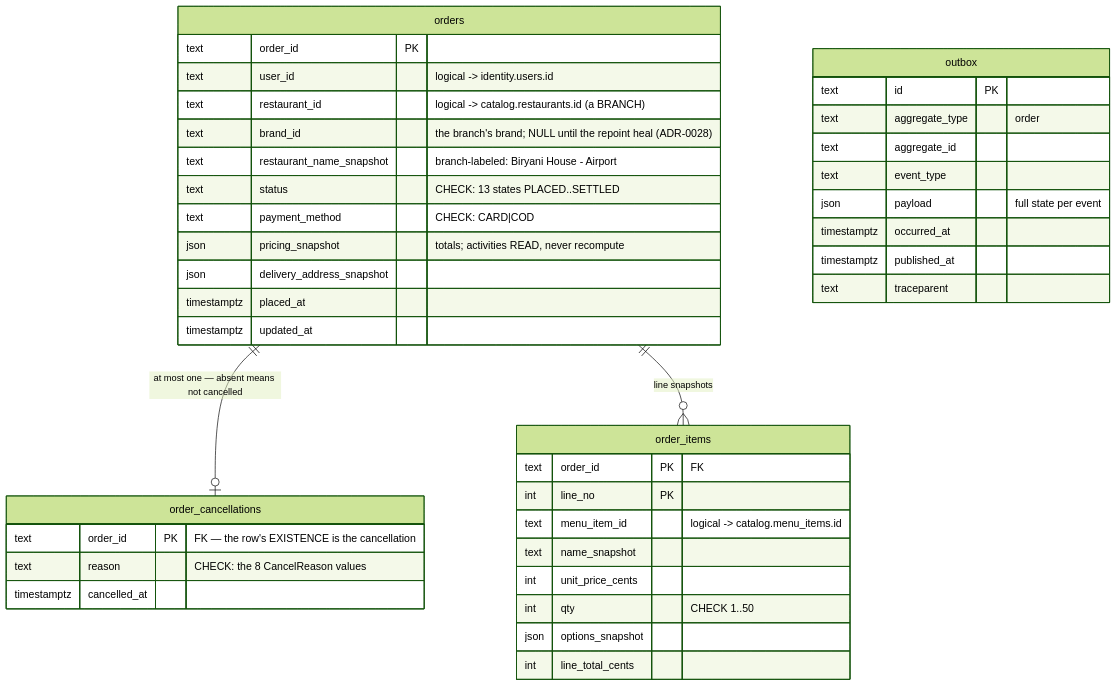
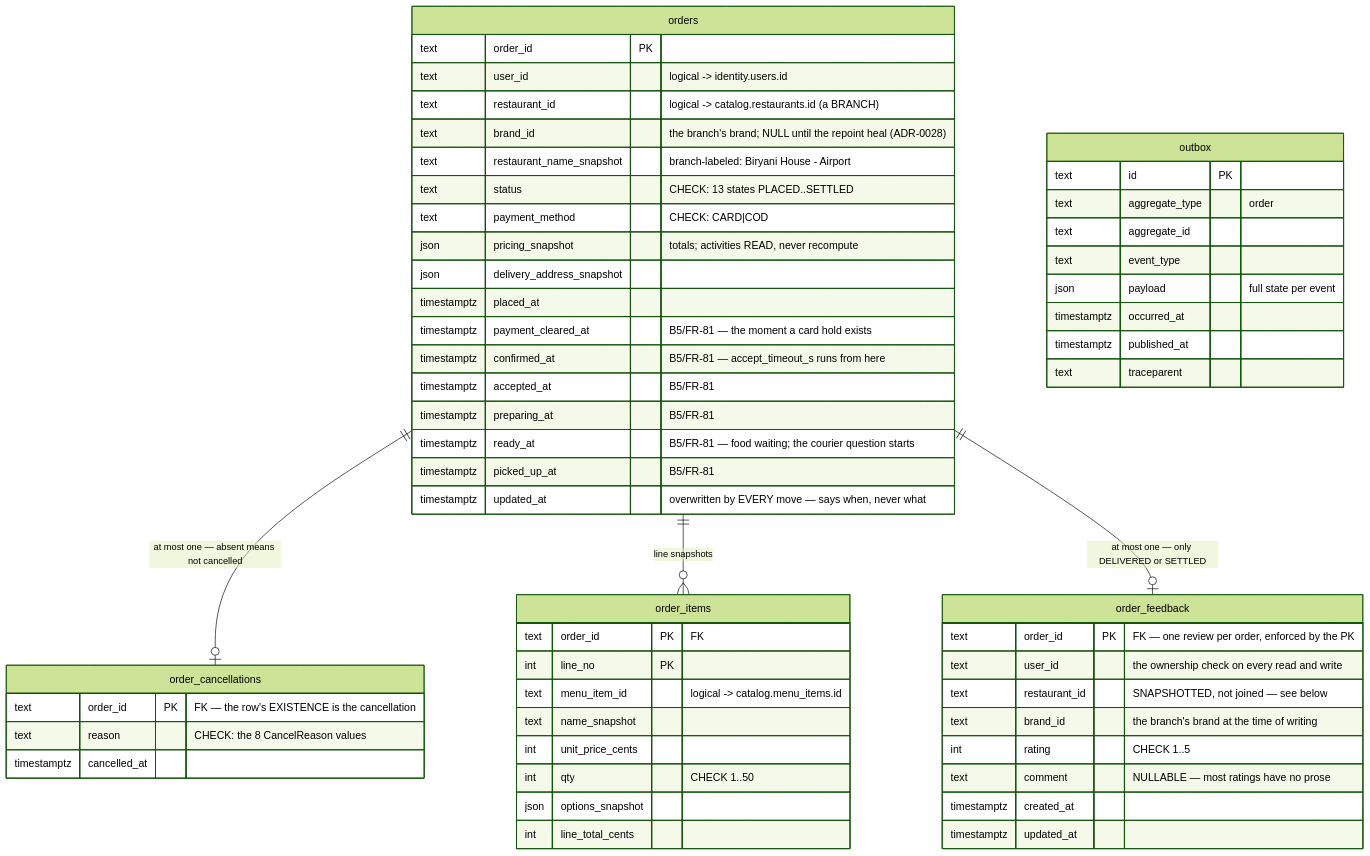
Before and after one commit to Aizazahmed-7/SmartFoodOps: the fourth of 7 diagrams in docs/erd.md, drawn with Mermaid (forest theme). The commit also changed other lines of this file and 1 other file, not shown here.

First line of the commit message:
docs: ERD and flows for the Part A amendments (FR-81, FR-91)

````diff
--- a/docs/erd.md
+++ b/docs/erd.md
@@ -276,43 +276,60 @@
 ```mermaid
 erDiagram
     orders {
         text order_id PK
         text user_id "logical -> identity.users.id"
         text restaurant_id "logical -> catalog.restaurants.id (a BRANCH)"
         text brand_id "the branch's brand; NULL until the repoint heal (ADR-0028)"
         text restaurant_name_snapshot "branch-labeled: Biryani House - Airport"
         text status "CHECK: 13 states PLACED..SETTLED"
         text payment_method "CHECK: CARD|COD"
         json pricing_snapshot "totals; activities READ, never recompute"
         json delivery_address_snapshot
         timestamptz placed_at
-        timestamptz updated_at
+        timestamptz payment_cleared_at "B5/FR-81 — the moment a card hold exists"
+        timestamptz confirmed_at "B5/FR-81 — accept_timeout_s runs from here"
+        timestamptz accepted_at "B5/FR-81"
+        timestamptz preparing_at "B5/FR-81"
+        timestamptz ready_at "B5/FR-81 — food waiting; the courier question starts"
+        timestamptz picked_up_at "B5/FR-81"
+        timestamptz updated_at "overwritten by EVERY move — says when, never what"
     }
     order_cancellations {
         text order_id PK "FK — the row's EXISTENCE is the cancellation"
         text reason "CHECK: the 8 CancelReason values"
         timestamptz cancelled_at
     }
     order_items {
         text order_id PK "FK"
         int line_no PK
         text menu_item_id "logical -> catalog.menu_items.id"
         text name_snapshot
         int unit_price_cents
         int qty "CHECK 1..50"
         json options_snapshot
         int line_total_cents
     }
     outbox {
         text id PK
         text aggregate_type "order"
         text aggregate_id
         text event_type
         json payload "full state per event"
         timestamptz occurred_at
         timestamptz published_at
         text traceparent
     }
+    order_feedback {
+        text order_id PK "FK — one review per order, enforced by the PK"
+        text user_id "the ownership check on every read and write"
+        text restaurant_id "SNAPSHOTTED, not joined — see below"
+        text brand_id "the branch's brand at the time of writing"
+        int rating "CHECK 1..5"
+        text comment "NULLABLE — most ratings have no prose"
+        timestamptz created_at
+        timestamptz updated_at
+    }
     orders ||--o| order_cancellations : "at most one — absent means not cancelled"
     orders ||--o{ order_items : "line snapshots"
+    orders ||--o| order_feedback : "at most one — only DELIVERED or SETTLED"
 ```
````
